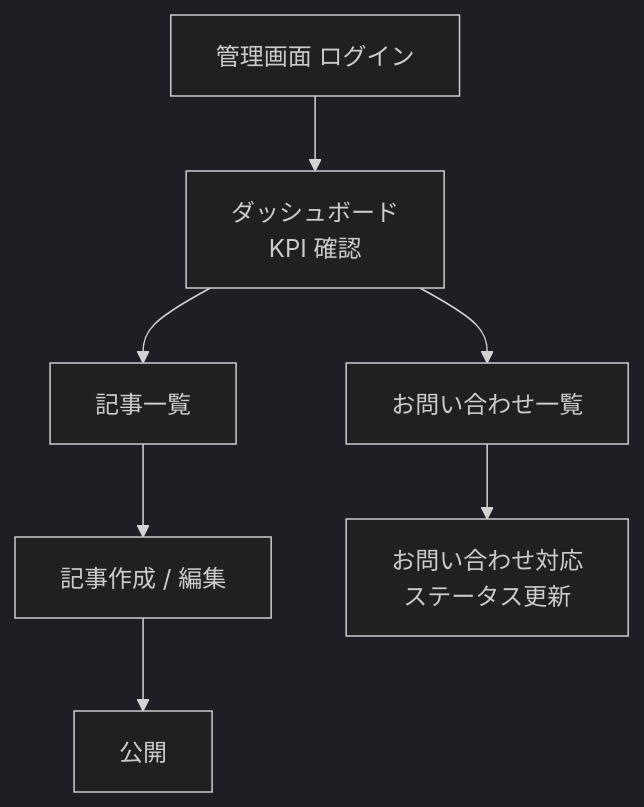
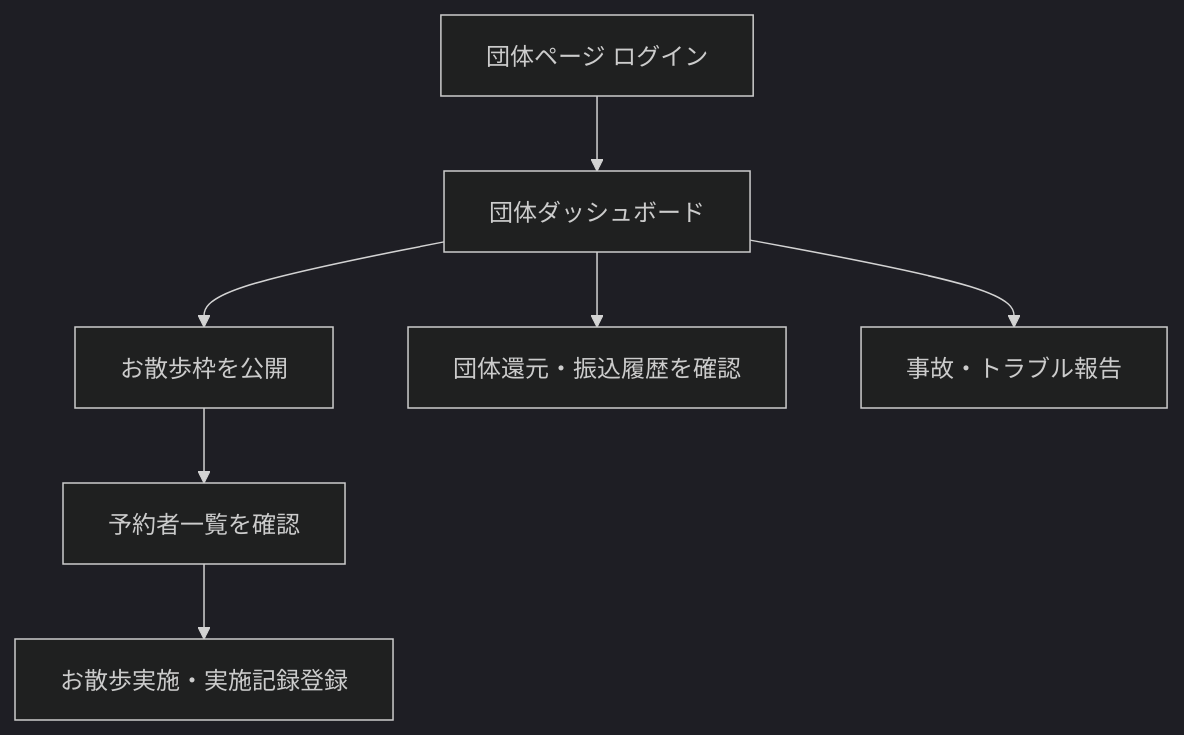
The third of 4 diagrams in docs/2-product/04-ui-ux-design.md (team-natural/walk-pet-kampo), drawn with Mermaid (dark theme) before and after one commit. The commit also changed other lines of this file and 24 other files, not shown here.

````diff
--- a/docs/2-product/04-ui-ux-design.md
+++ b/docs/2-product/04-ui-ux-design.md
@@ -91,9 +88,9 @@
 ```mermaid
 flowchart TD
-    A[管理画面 ログイン] --> B[ダッシュボード<br/>KPI 確認]
-    B --> C[記事一覧]
-    C --> D[記事作成 / 編集]
-    D --> E[公開]
-    B --> F[お問い合わせ一覧]
-    F --> G[お問い合わせ対応<br/>ステータス更新]
+    A[団体ページ ログイン] --> B[団体ダッシュボード]
+    B --> C[お散歩枠を公開]
+    C --> D[予約者一覧を確認]
+    D --> E[お散歩実施・実施記録登録]
+    B --> F[団体還元・振込履歴を確認]
+    B --> G[事故・トラブル報告]
 ```
````
